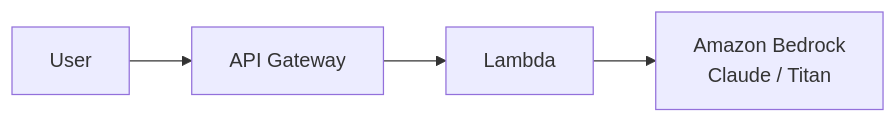
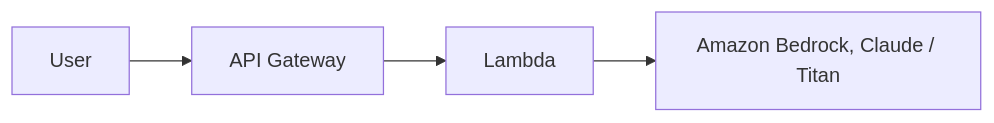
The fourth of 4 diagrams in Chapter_37_Amazon_Bedrock_and_GenAI.md (DeeptiShuklaProject/Uday_AWS), drawn with Mermaid before and after one commit. The commit also changed 34 other files, not shown here.

Commit message:
Fix mermaid diagrams syntax across all chapters (quote labels and remove HTML)

````diff
--- a/Chapter_37_Amazon_Bedrock_and_GenAI.md
+++ b/Chapter_37_Amazon_Bedrock_and_GenAI.md
@@ -537,6 +537,6 @@
 ```mermaid
 flowchart LR
     User[User] --> APIGW[API Gateway]
     APIGW --> Lambda[Lambda]
-    Lambda --> Bedrock[Amazon Bedrock<br>Claude / Titan]
+    Lambda --> Bedrock["Amazon Bedrock, Claude / Titan"]
 ```
````
